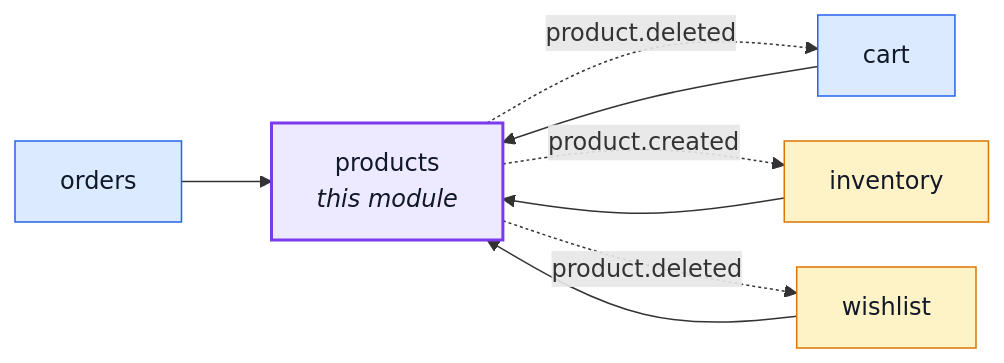
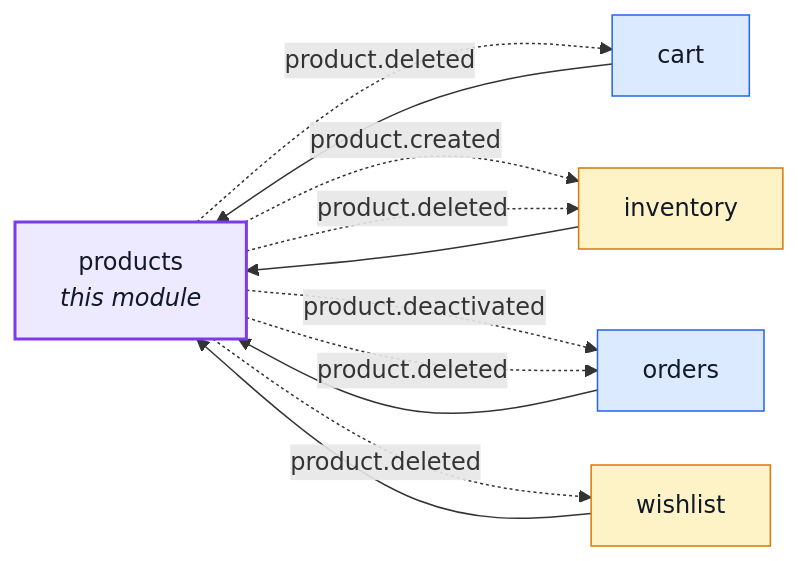
The first of 2 diagrams in docs/modules/products.md (Guebbit/boilerplate-node-backend), drawn with Mermaid before and after one commit. The commit also changed 10 other files, not shown here.

````diff
--- a/docs/modules/products.md
+++ b/docs/modules/products.md
@@ -17,25 +17,28 @@
 ```mermaid
 %%{init: {'flowchart': {'nodeSpacing': 30, 'rankSpacing': 60}}}%%
 flowchart LR
     products["products<br/><i>this module</i>"]
     cart["cart"]
     inventory["inventory"]
     orders["orders"]
     wishlist["wishlist"]
 
     cart --> products
     inventory --> products
     orders --> products
     wishlist --> products
     products -. "product.deleted" .-> cart
     products -. "product.created" .-> inventory
+    products -. "product.deleted" .-> inventory
+    products -. "product.deactivated" .-> orders
+    products -. "product.deleted" .-> orders
     products -. "product.deleted" .-> wishlist
 
     classDef core fill:#dbeafe,stroke:#2563eb,color:#111827;
     classDef supporting fill:#fef3c7,stroke:#d97706,color:#111827;
     classDef generic fill:#dcfce7,stroke:#16a34a,color:#111827;
     classDef centre fill:#ede9fe,stroke:#7c3aed,stroke-width:2px,color:#111827;
     class cart,orders core;
     class inventory,wishlist supporting;
     class products centre;
 ```
````
